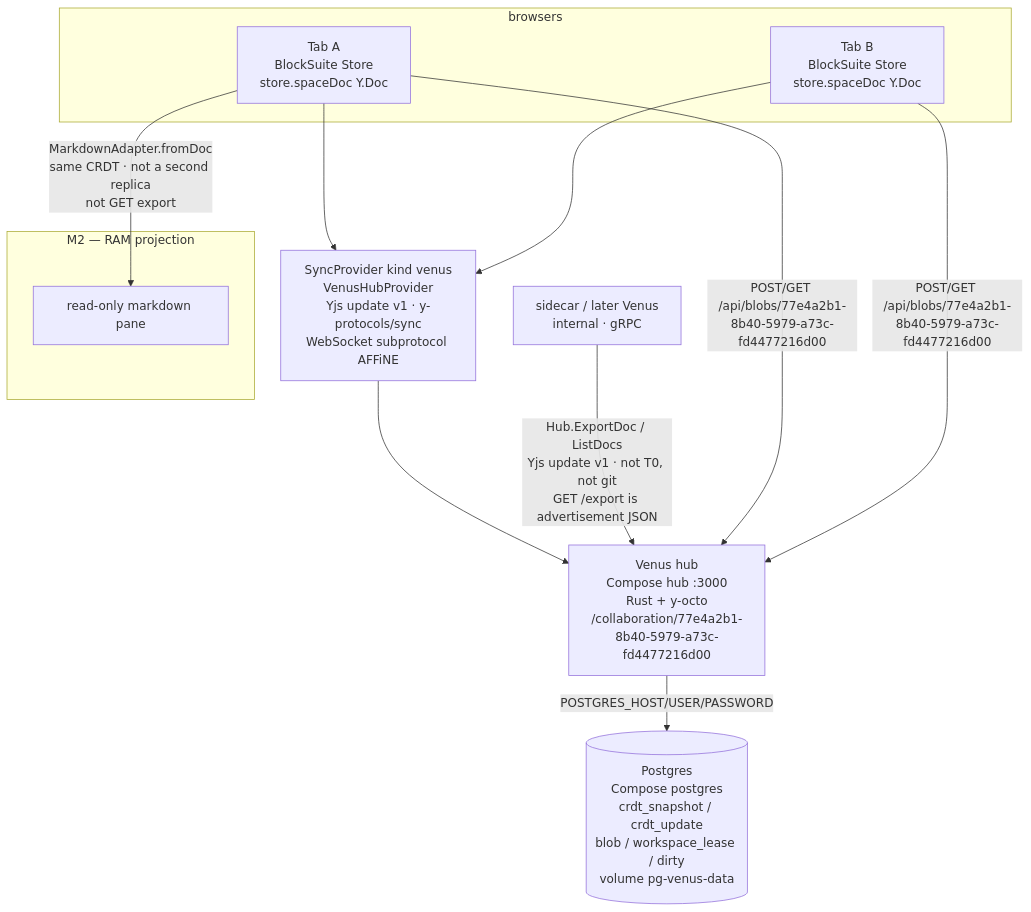
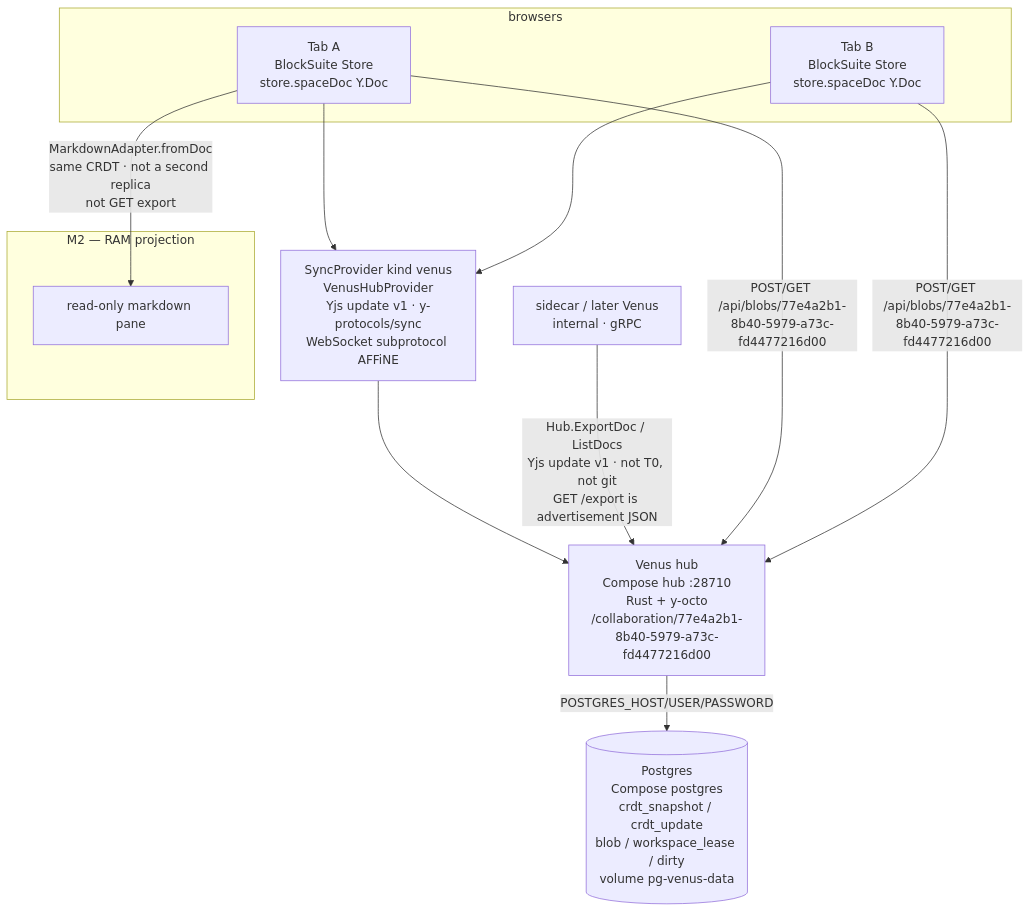
One commit to OpenDOps/Venus changed the diagram in docs/design/architecture.md. Above: the diagram before and after it, drawn with Mermaid. The commit also changed other lines of this file and 54 other files, not shown here.

Commit message:
Publish every Venus host port in the 287xx block so the stack does not collide with other local projects. Mark a replica lagging when its reply fails after the write is already acknowledged, and make the graph tests wait out Docker pause and container-removal races.

````diff
--- a/docs/design/architecture.md
+++ b/docs/design/architecture.md
@@ -31,28 +31,28 @@
 ```mermaid
 flowchart TB
   subgraph browsers["browsers"]
     tabA["Tab A<br/>BlockSuite Store<br/>store.spaceDoc Y.Doc"]
     tabB["Tab B<br/>BlockSuite Store<br/>store.spaceDoc Y.Doc"]
   end
 
   ws["SyncProvider kind venus<br/>VenusHubProvider<br/>Yjs update v1 · y-protocols/sync<br/>WebSocket subprotocol AFFiNE"]
-  hub["Venus hub<br/>Compose hub :3000<br/>Rust + y-octo<br/>/collaboration/77e4a2b1-8b40-5979-a73c-fd4477216d00"]
+  hub["Venus hub<br/>Compose hub :28710<br/>Rust + y-octo<br/>/collaboration/77e4a2b1-8b40-5979-a73c-fd4477216d00"]
   pg[("Postgres<br/>Compose postgres<br/>crdt_snapshot / crdt_update<br/>blob / workspace_lease / dirty<br/>volume pg-venus-data")]
 
   tabA --> ws
   tabB --> ws
   ws --> hub
   hub -->|"POSTGRES_HOST/USER/PASSWORD"| pg
 
   exportClient["sidecar / later Venus<br/>internal · gRPC"]
   exportClient -->|"Hub.ExportDoc / ListDocs<br/>Yjs update v1 · not T0, not git<br/>GET /export is advertisement JSON"| hub
 
   tabA -->|"POST/GET /api/blobs/77e4a2b1-8b40-5979-a73c-fd4477216d00"| hub
   tabB -->|"POST/GET /api/blobs/77e4a2b1-8b40-5979-a73c-fd4477216d00"| hub
 
   subgraph m2["M2 — RAM projection"]
     pane["read-only markdown pane"]
   end
 
   tabA -->|"MarkdownAdapter.fromDoc<br/>same CRDT · not a second replica<br/>not GET export"| pane
 ```
````
